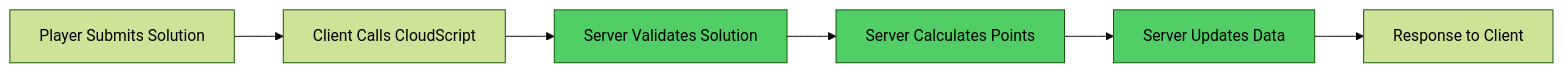
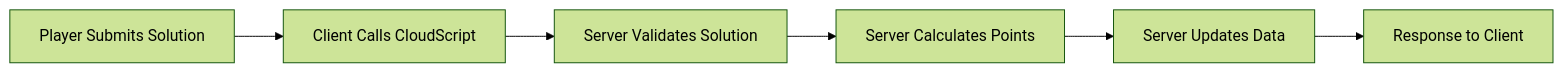
Before and after one commit to Big-Happy-Holding-Company/sfmc: the diagram in docs/playfab-api-analysis.md, drawn with Mermaid (forest theme). The commit also changed other lines of this file and 4 other files, not shown here.

````diff
--- a/docs/playfab-api-analysis.md
+++ b/docs/playfab-api-analysis.md
@@ -134,12 +108,9 @@
 ```mermaid
 graph LR
     A[Player Submits Solution] --> B[Client Calls CloudScript]
     B --> C[Server Validates Solution]
     C --> D[Server Calculates Points] 
     D --> E[Server Updates Data]
     E --> F[Response to Client]
     
-    style C fill:#51cf66
-    style D fill:#51cf66
-    style E fill:#51cf66
 ```
````
